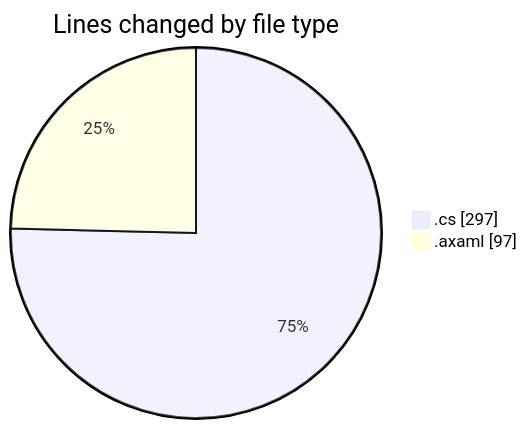
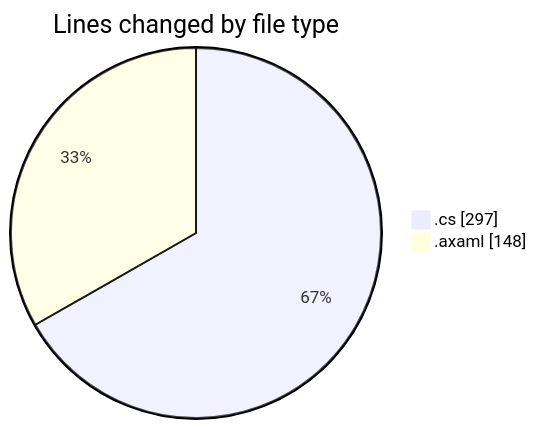
Before and after one commit to Netris89/code-tracking: the first of 2 diagrams in 2025-10-26/skintrack/README.md, drawn with Mermaid. The commit also changed other lines of this file and 1 other file, not shown here.

````diff
--- a/2025-10-26/skintrack/README.md
+++ b/2025-10-26/skintrack/README.md
@@ -28,6 +29,6 @@
 ```mermaid
 pie showData
 title Lines changed by file type
 ".cs" : 297
-".axaml" : 97
+".axaml" : 148
 ```
````
